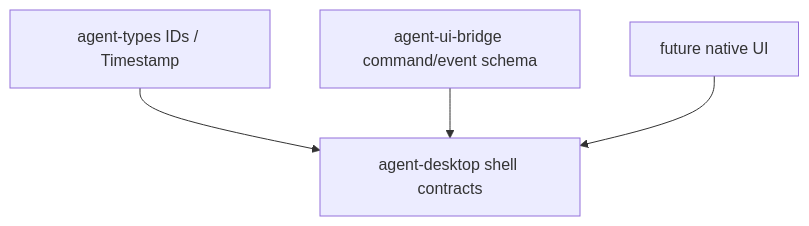
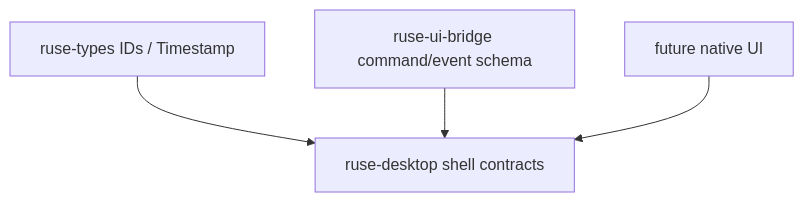
One commit to poneding/agent changed the diagram in docs/specs/M10-01-desktop-shell.spec.md. Above: the diagram before and after it, drawn with Mermaid. The commit also changed other lines of this file and 2091 other files, not shown here.

First line of the commit message:
refactor: rename agent branding to ruse

````diff
--- a/docs/specs/M10-01-desktop-shell.spec.md
+++ b/docs/specs/M10-01-desktop-shell.spec.md
@@ -33,6 +33,6 @@
 ```mermaid
 flowchart TD
-  types["agent-types IDs / Timestamp"] --> desktop["agent-desktop shell contracts"]
-  bridge["agent-ui-bridge command/event schema"] --> desktop
+  types["ruse-types IDs / Timestamp"] --> desktop["ruse-desktop shell contracts"]
+  bridge["ruse-ui-bridge command/event schema"] --> desktop
   future_ui["future native UI"] --> desktop
 ```
````
